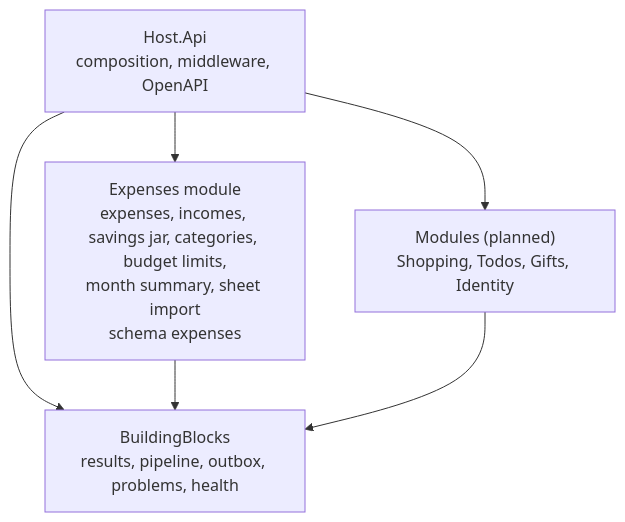
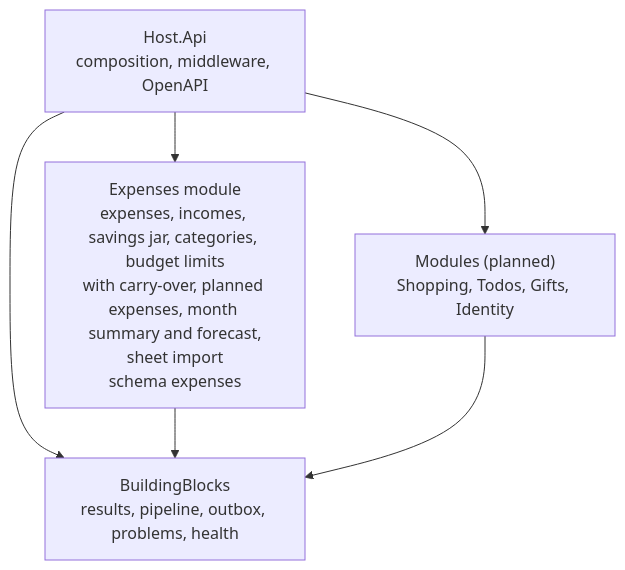
The third of 3 diagrams in api/docs/architecture/c4.md (Weretik/home-app), drawn with Mermaid before and after one commit. The commit also changed 203 other files, not shown here.

First line of the commit message:
Expenses: forecast, limit carry-over, outside-limits expenses; audit fixes

````diff
--- a/api/docs/architecture/c4.md
+++ b/api/docs/architecture/c4.md
@@ -42,13 +42,13 @@
 ```mermaid
 flowchart TB
     host["Host.Api<br/>composition, middleware, OpenAPI"]
     blocks["BuildingBlocks<br/>results, pipeline, outbox, problems, health"]
-    expenses["Expenses module<br/>expenses, incomes, savings jar, categories, budget limits,<br/>month summary, sheet import<br/>schema expenses"]
+    expenses["Expenses module<br/>expenses, incomes, savings jar, categories, budget limits<br/>with carry-over, planned expenses, month summary and forecast,<br/>sheet import<br/>schema expenses"]
     planned["Modules (planned)<br/>Shopping, Todos, Gifts, Identity"]
 
     host --> blocks
     host --> expenses
     host --> planned
     expenses --> blocks
     planned --> blocks
 ```
````
